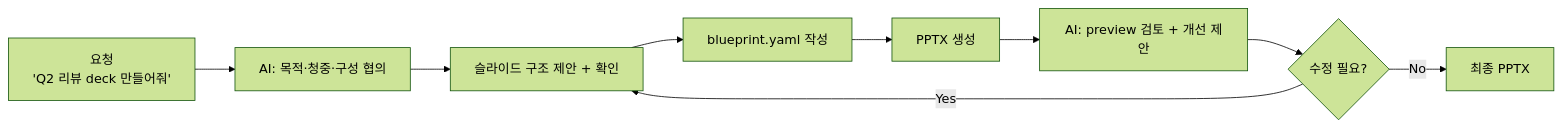
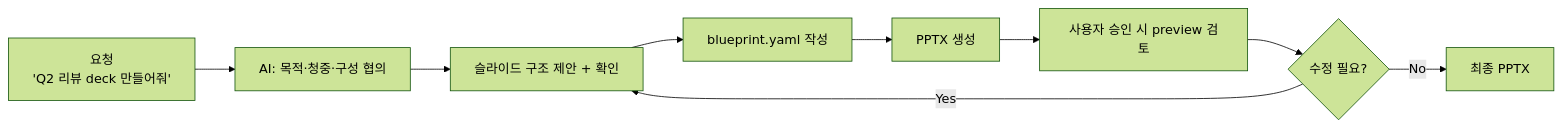
The diagram in README.md (kyungseo/ai-deck-compiler), drawn with Mermaid (forest theme) before and after one commit. The commit also changed other lines of this file and 2 other files, not shown here.

````diff
--- a/README.md
+++ b/README.md
@@ -125,11 +127,11 @@
 ```mermaid
 flowchart LR
   A["요청\n'Q2 리뷰 deck 만들어줘'"] --> B["AI: 목적·청중·구성 협의"]
   B --> C["슬라이드 구조 제안 + 확인"]
   C --> D["blueprint.yaml 작성"]
   D --> E["PPTX 생성"]
-  E --> F["AI: preview 검토 + 개선 제안"]
+  E --> F["사용자 승인 시 preview 검토"]
   F --> G{"수정 필요?"}
   G -->|Yes| C
   G -->|No| H["최종 PPTX"]
 ```
````
